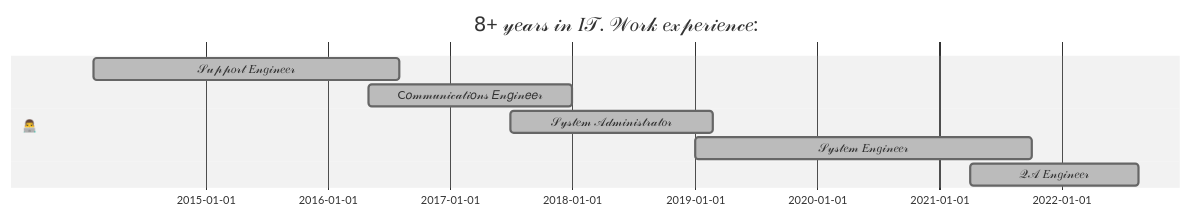
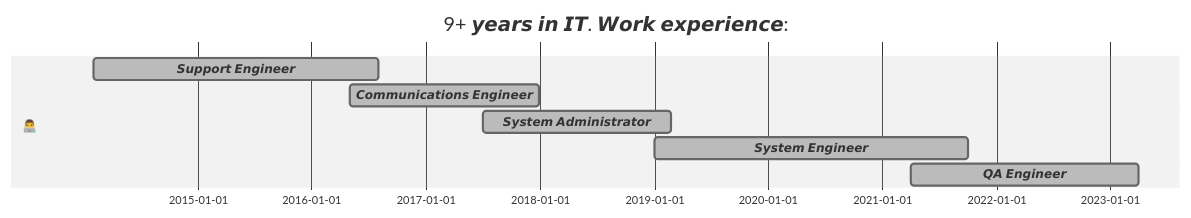
Before and after one commit to SergeevSergeiS/SergeevSergeiS: the diagram in README.md, drawn with Mermaid (neutral theme). The commit also changed other lines of this file, not shown here.

````diff
--- a/README.md
+++ b/README.md
@@ -121,11 +121,11 @@
 ```mermaid
   gantt 
-    title 𝟪+ 𝓎𝑒𝒶𝓇𝓈 𝒾𝓃 𝐼𝒯. 𝒲𝑜𝓇𝓀 𝑒𝓍𝓅𝑒𝓇𝒾𝑒𝓃𝒸𝑒:
+    title 9+ 𝙮𝙚𝙖𝙧𝙨 𝙞𝙣 𝙄𝙏. 𝙒𝙤𝙧𝙠 𝙚𝙭𝙥𝙚𝙧𝙞𝙚𝙣𝙘𝙚:
     dateFormat  YYYY-MM
     section 👨‍💻
-    𝒮𝓊𝓅𝓅𝑜𝓇𝓉 𝐸𝓃𝑔𝒾𝓃𝑒𝑒𝓇         :done, 2014-02, 912d
-    С𝑜𝓂𝓂𝓊𝓃𝒾𝒸𝒶𝓉𝒾𝑜𝓃𝓈 𝐸𝓃𝑔𝒾𝓃𝑒𝑒𝓇 :done, 2016-05, 608d
-    𝒮𝓎𝓈𝓉𝑒𝓂 𝒜𝒹𝓂𝒾𝓃𝒾𝓈𝓉𝓇𝒶𝓉𝑜𝓇    :done, 2017-07, 604d
-    𝒮𝓎𝓈𝓉𝑒𝓂 𝐸𝓃𝑔𝒾𝓃𝑒𝑒𝓇          :done, 2019-01,  1005d
-    𝒬𝒜 𝐸𝓃𝑔𝒾𝓃𝑒𝑒𝓇               :done, 2021-04, 504d
+    𝙎𝙪𝙥𝙥𝙤𝙧𝙩 𝙀𝙣𝙜𝙞𝙣𝙚𝙚𝙧         :done, 2014-02, 912d
+    𝘾𝙤𝙢𝙢𝙪𝙣𝙞𝙘𝙖𝙩𝙞𝙤𝙣𝙨 𝙀𝙣𝙜𝙞𝙣𝙚𝙚𝙧 :done, 2016-05, 608d
+    𝙎𝙮𝙨𝙩𝙚𝙢 𝘼𝙙𝙢𝙞𝙣𝙞𝙨𝙩𝙧𝙖𝙩𝙤𝙧    :done, 2017-07, 604d
+    𝙎𝙮𝙨𝙩𝙚𝙢 𝙀𝙣𝙜𝙞𝙣𝙚𝙚𝙧         :done, 2019-01,  1005d
+    𝙌𝘼 𝙀𝙣𝙜𝙞𝙣𝙚𝙚𝙧               :done, 2021-04, 730d
 ```
````
